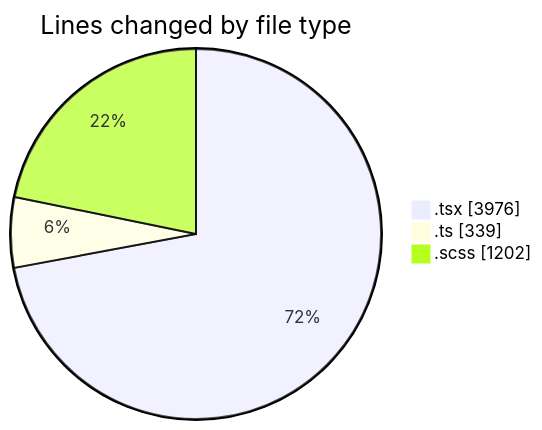
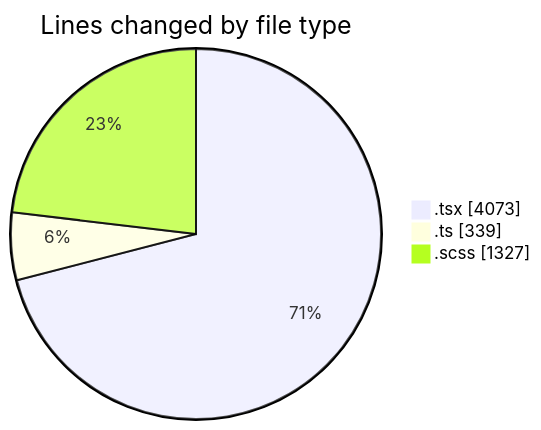
One commit to momahboobian/code-tracking changed the first of 2 diagrams in 2025-07-08/cda/README.md. Above: the diagram before and after it, drawn with Mermaid. The commit also changed other lines of this file and 1 other file, not shown here.

````diff
--- a/2025-07-08/cda/README.md
+++ b/2025-07-08/cda/README.md
@@ -47,7 +48,7 @@
 ```mermaid
 pie showData
 title Lines changed by file type
-".tsx" : 3976
+".tsx" : 4073
 ".ts" : 339
-".scss" : 1202
+".scss" : 1327
 ```
````
